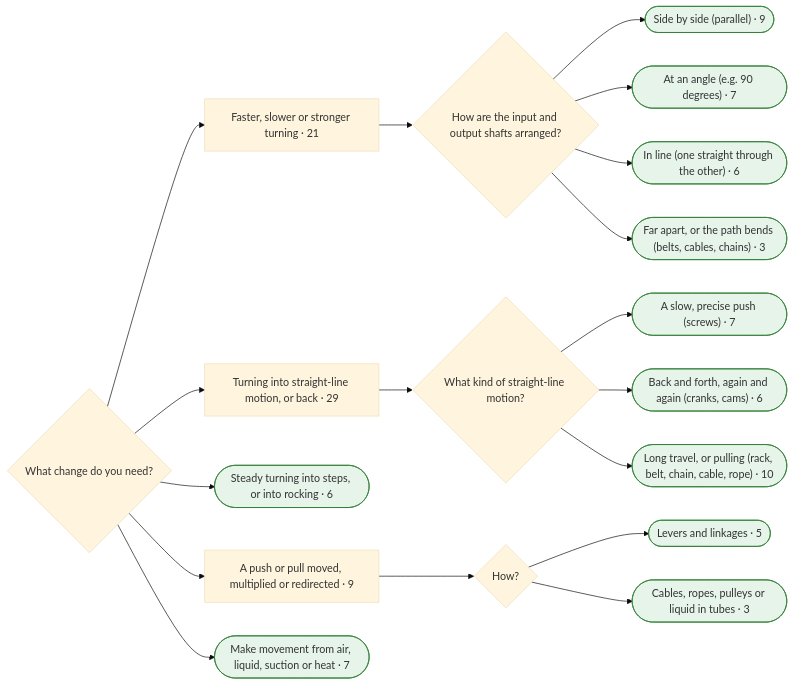
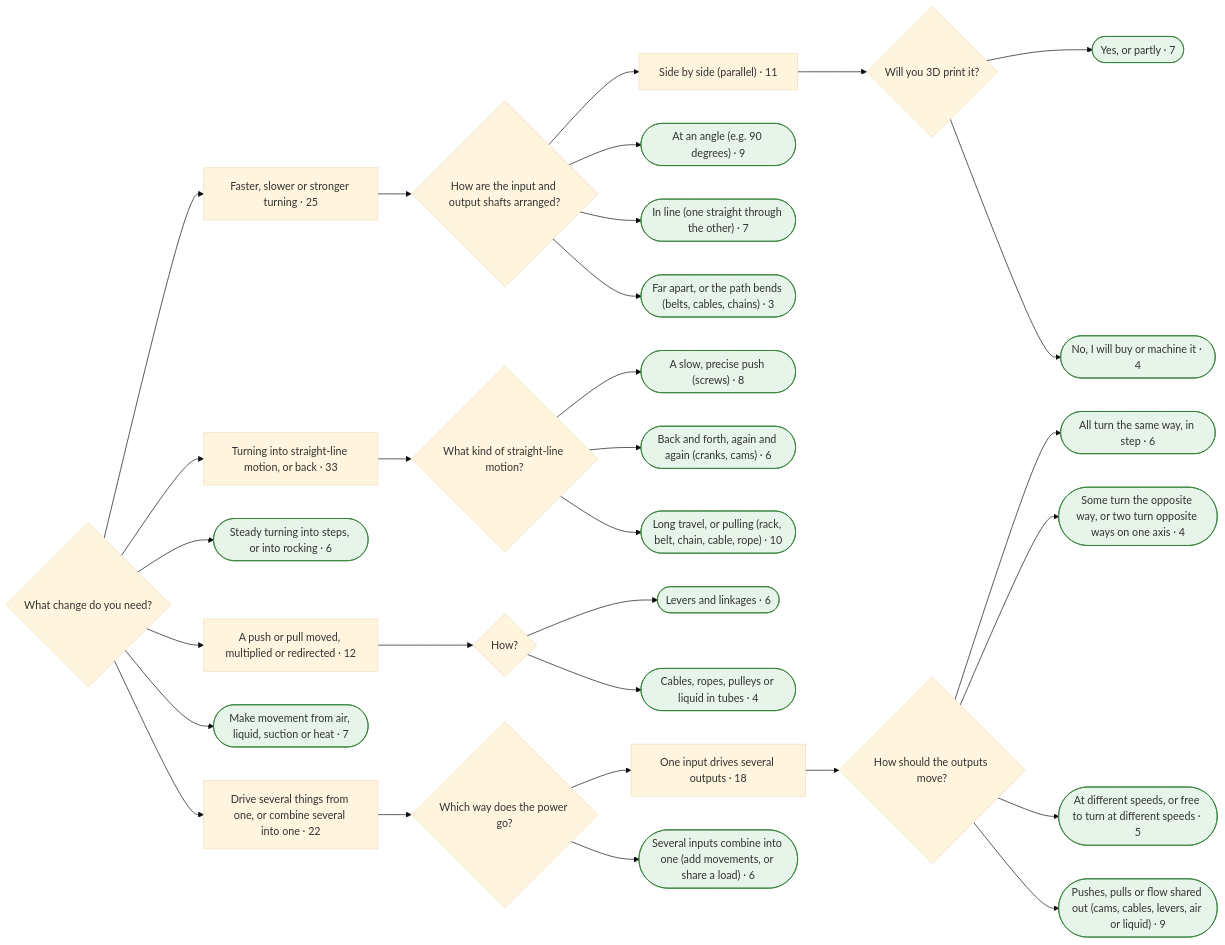
One commit to smileymcfrown/EncyclopediaOfConnections changed the sixth of 11 diagrams in research/finder-test/mermaid.md. Above: the diagram before and after it, drawn with Mermaid (base theme). The commit also changed other lines of this file and 481 other files, not shown here.

````diff
--- a/research/finder-test/mermaid.md
+++ b/research/finder-test/mermaid.md
@@ -726,51 +764,81 @@
 ```mermaid
 flowchart LR
-  q265{"What change do you need?"}
-  a266["Faster, slower or stronger turning · 21"]
-  q265 --> a266
-  q267{"How are the input and output shafts arranged?"}
-  a266 --> q267
-  a268(["Side by side (parallel) · 9"])
-  q267 --> a268
-  class a268 leaf
-  a269(["At an angle (e.g. 90 degrees) · 7"])
-  q267 --> a269
-  class a269 leaf
-  a270(["In line (one straight through the other) · 6"])
-  q267 --> a270
-  class a270 leaf
-  a271(["Far apart, or the path bends (belts, cables, chains) · 3"])
-  q267 --> a271
-  class a271 leaf
-  a272["Turning into straight-line motion, or back · 29"]
-  q265 --> a272
-  q273{"What kind of straight-line motion?"}
-  a272 --> q273
-  a274(["A slow, precise push (screws) · 7"])
-  q273 --> a274
-  class a274 leaf
-  a275(["Back and forth, again and again (cranks, cams) · 6"])
-  q273 --> a275
-  class a275 leaf
-  a276(["Long travel, or pulling (rack, belt, chain, cable, rope) · 10"])
-  q273 --> a276
-  class a276 leaf
-  a277(["Steady turning into steps, or into rocking · 6"])
-  q265 --> a277
-  class a277 leaf
-  a278["A push or pull moved, multiplied or redirected · 9"]
-  q265 --> a278
-  q279{"How?"}
-  a278 --> q279
-  a280(["Levers and linkages · 5"])
+  q279{"What change do you need?"}
+  a280["Faster, slower or stronger turning · 25"]
   q279 --> a280
-  class a280 leaf
-  a281(["Cables, ropes, pulleys or liquid in tubes · 3"])
-  q279 --> a281
-  class a281 leaf
-  a282(["Make movement from air, liquid, suction or heat · 7"])
-  q265 --> a282
-  class a282 leaf
+  q281{"How are the input and output shafts arranged?"}
+  a280 --> q281
+  a282["Side by side (parallel) · 11"]
+  q281 --> a282
+  q283{"Will you 3D print it?"}
+  a282 --> q283
+  a284(["Yes, or partly · 7"])
+  q283 --> a284
+  class a284 leaf
+  a285(["No, I will buy or machine it · 4"])
+  q283 --> a285
+  class a285 leaf
+  a286(["At an angle (e.g. 90 degrees) · 9"])
+  q281 --> a286
+  class a286 leaf
+  a287(["In line (one straight through the other) · 7"])
+  q281 --> a287
+  class a287 leaf
+  a288(["Far apart, or the path bends (belts, cables, chains) · 3"])
+  q281 --> a288
+  class a288 leaf
+  a289["Turning into straight-line motion, or back · 33"]
+  q279 --> a289
+  q290{"What kind of straight-line motion?"}
+  a289 --> q290
+  a291(["A slow, precise push (screws) · 8"])
+  q290 --> a291
+  class a291 leaf
+  a292(["Back and forth, again and again (cranks, cams) · 6"])
+  q290 --> a292
+  class a292 leaf
+  a293(["Long travel, or pulling (rack, belt, chain, cable, rope) · 10"])
+  q290 --> a293
+  class a293 leaf
+  a294(["Steady turning into steps, or into rocking · 6"])
+  q279 --> a294
+  class a294 leaf
+  a295["A push or pull moved, multiplied or redirected · 12"]
+  q279 --> a295
+  q296{"How?"}
+  a295 --> q296
+  a297(["Levers and linkages · 6"])
+  q296 --> a297
+  class a297 leaf
+  a298(["Cables, ropes, pulleys or liquid in tubes · 4"])
+  q296 --> a298
+  class a298 leaf
+  a299(["Make movement from air, liquid, suction or heat · 7"])
+  q279 --> a299
+  class a299 leaf
+  a300["Drive several things from one, or combine several into one · 22"]
+  q279 --> a300
+  q301{"Which way does the power go?"}
+  a300 --> q301
+  a302["One input drives several outputs · 18"]
+  q301 --> a302
+  q303{"How should the outputs move?"}
+  a302 --> q303
+  a304(["All turn the same way, in step · 6"])
+  q303 --> a304
+  class a304 leaf
+  a305(["Some turn the opposite way, or two turn opposite ways on one axis · 4"])
+  q303 --> a305
+  class a305 leaf
+  a306(["At different speeds, or free to turn at different speeds · 5"])
+  q303 --> a306
+  class a306 leaf
+  a307(["Pushes, pulls or flow shared out (cams, cables, levers, air or liquid) · 9"])
+  q303 --> a307
+  class a307 leaf
+  a308(["Several inputs combine into one (add movements, or share a load) · 6"])
+  q301 --> a308
+  class a308 leaf
   classDef leaf fill:#e6f4ea,stroke:#2e7d32
   classDef more fill:#fff4e5,stroke:#b26a00
 ```
````
